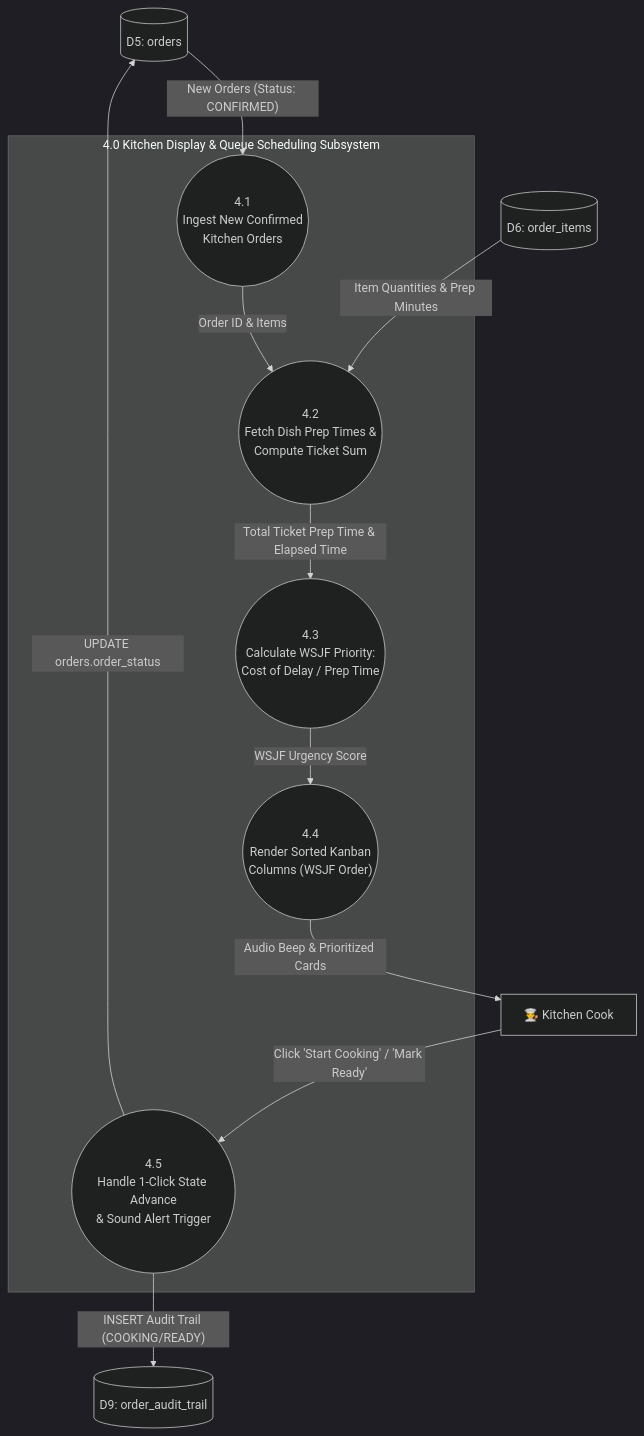
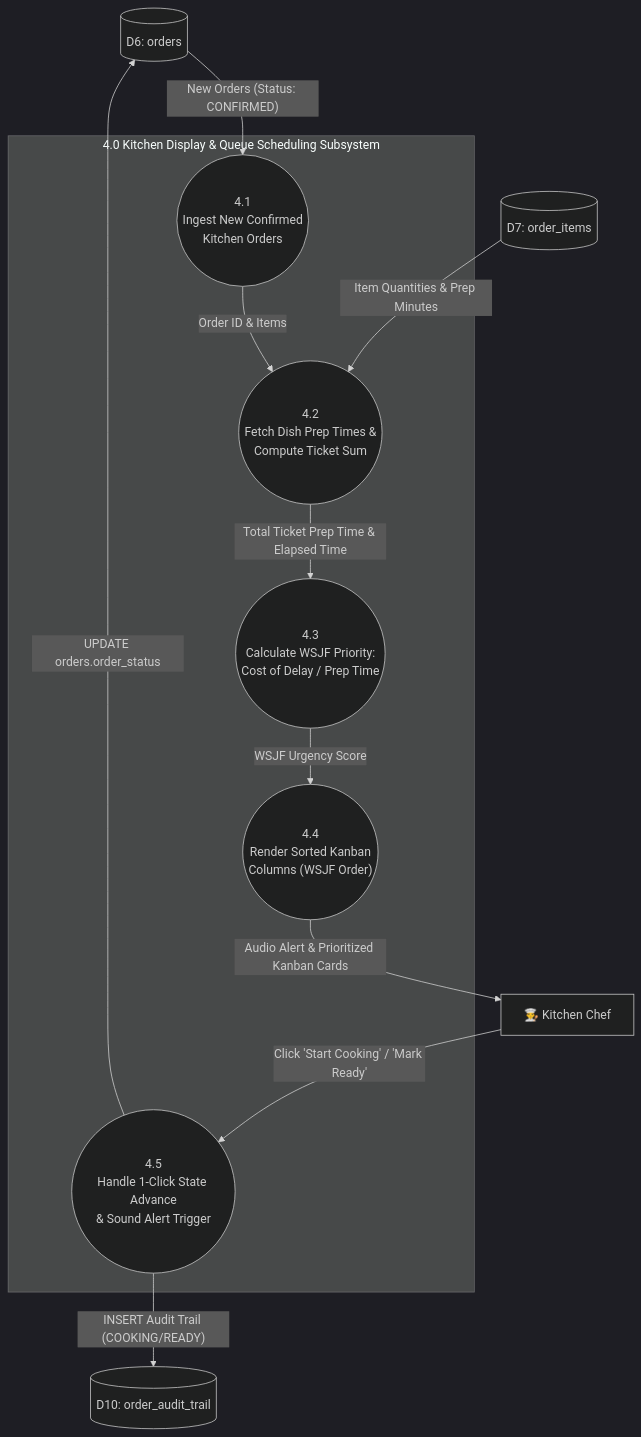
The sixth of 16 diagrams in docs/SYSTEM_ANALYSIS_AND_DESIGN.md (athulskrish/pooja_project), drawn with Mermaid (dark theme) before and after one commit. The commit also changed other lines of this file and 18 other files, not shown here.

````diff
--- a/docs/SYSTEM_ANALYSIS_AND_DESIGN.md
+++ b/docs/SYSTEM_ANALYSIS_AND_DESIGN.md
@@ -185,25 +261,25 @@
 ```mermaid
 flowchart TD
-    DS_Orders[("D5: orders")]
-    DS_Items[("D6: order_items")]
-    Cook["👨‍🍳 Kitchen Cook"]
-    DS_Audit[("D9: order_audit_trail")]
+    DS_Orders[("D6: orders")]
+    DS_Items[("D7: order_items")]
+    Cook["👨‍🍳 Kitchen Chef"]
+    DS_Audit[("D10: order_audit_trail")]
 
     subgraph Process_4_KDS["4.0 Kitchen Display & Queue Scheduling Subsystem"]
         P4_1(("4.1<br/>Ingest New Confirmed<br/>Kitchen Orders"))
         P4_2(("4.2<br/>Fetch Dish Prep Times &<br/>Compute Ticket Sum"))
         P4_3(("4.3<br/>Calculate WSJF Priority:<br/>Cost of Delay / Prep Time"))
         P4_4(("4.4<br/>Render Sorted Kanban<br/>Columns (WSJF Order)"))
         P4_5(("4.5<br/>Handle 1-Click State Advance<br/>& Sound Alert Trigger"))
     end
 
     DS_Orders -->|"New Orders (Status: CONFIRMED)"| P4_1
     P4_1 -->|"Order ID & Items"| P4_2
     DS_Items -->|"Item Quantities & Prep Minutes"| P4_2
     P4_2 -->|"Total Ticket Prep Time & Elapsed Time"| P4_3
     P4_3 -->|"WSJF Urgency Score"| P4_4
-    P4_4 -->|"Audio Beep & Prioritized Cards"| Cook
+    P4_4 -->|"Audio Alert & Prioritized Kanban Cards"| Cook
     Cook -->|"Click 'Start Cooking' / 'Mark Ready'"| P4_5
     P4_5 -->|"UPDATE orders.order_status"| DS_Orders
     P4_5 -->|"INSERT Audit Trail (COOKING/READY)"| DS_Audit
 ```
````
